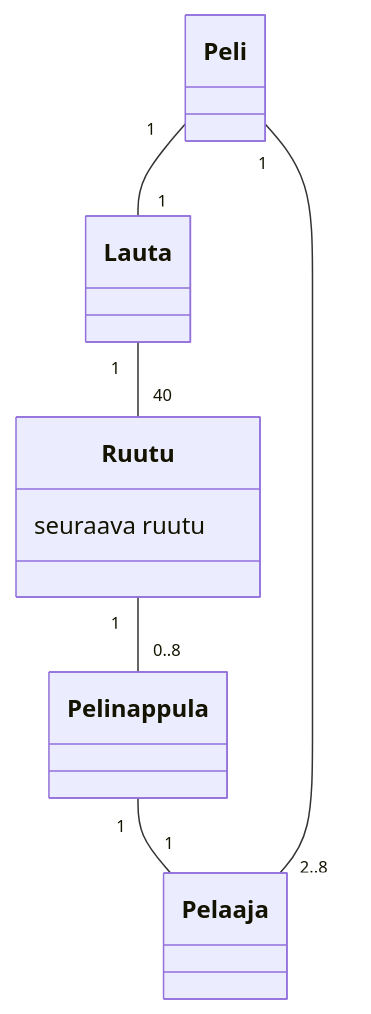
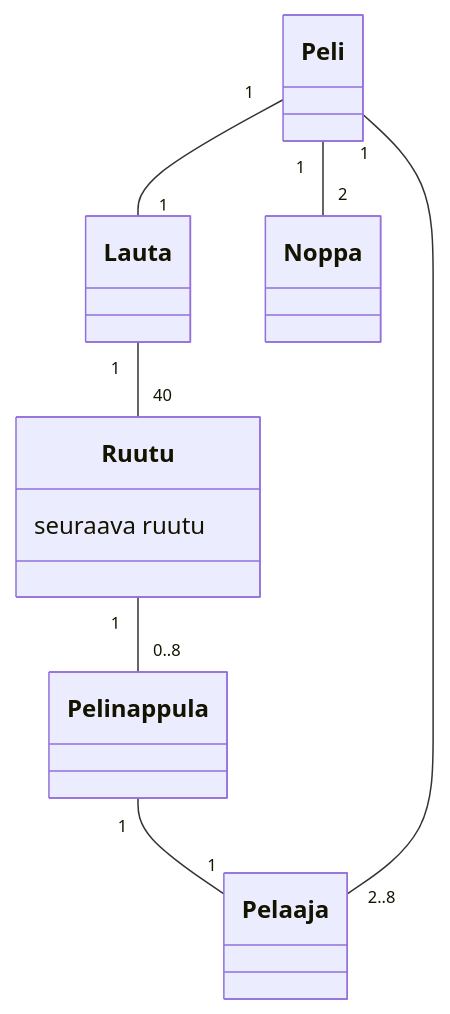
Before and after one commit to phuvio/ot-harjoitustyo: the diagram in laskarit/viikko3/monopoli.md, drawn with Mermaid.

````diff
--- a/laskarit/viikko3/monopoli.md
+++ b/laskarit/viikko3/monopoli.md
@@ -3,20 +3,22 @@
 ```mermaid
  classDiagram
       Peli "1"--"1" Lauta
       Lauta "1"--"40" Ruutu
       Ruutu "1"--"0..8" Pelinappula
       Pelinappula "1"--"1" Pelaaja
       Pelaaja "2..8"--"1" Peli
+      Peli "1"--"2" Noppa
       class Peli{
       }
       class Lauta{
       }
       class Ruutu{
       seuraava ruutu
       }
       class Pelaaja{
       }
       class Pelinappula{
       }
-      
+      class Noppa{
+      }
 ```
````
